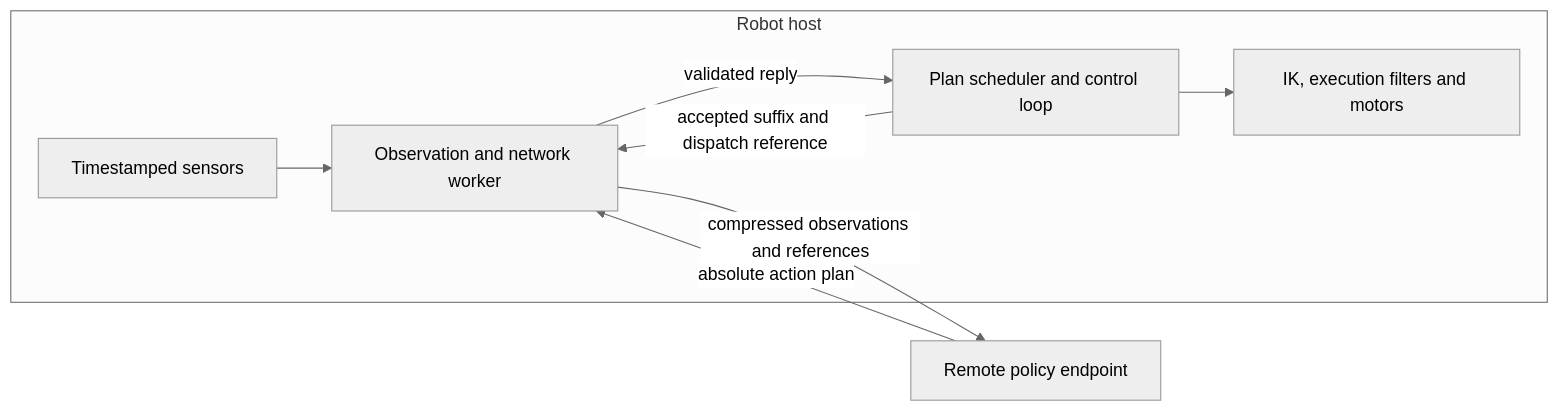
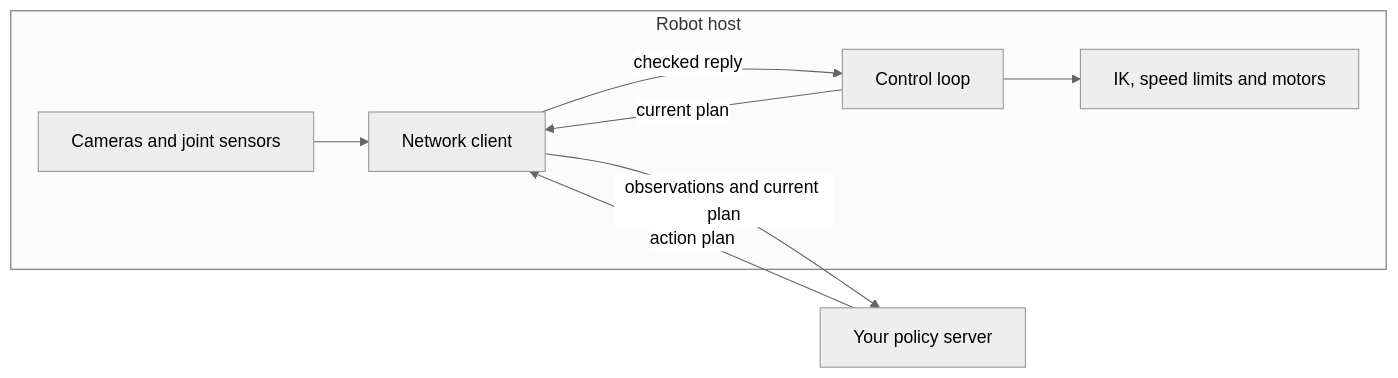
The diagram in docs/operations/custom-policy.mdx (almond-bot/axol), drawn with Mermaid (neutral theme) before and after one commit. The commit also changed other lines of this file and 157 other files, not shown here.

````diff
--- a/docs/operations/custom-policy.mdx
+++ b/docs/operations/custom-policy.mdx
@@ -9,16 +14,16 @@
 ```mermaid
 flowchart LR
   subgraph robot [Robot host]
-    sensors[Timestamped sensors]
-    client[Observation and network worker]
-    control[Plan scheduler and control loop]
-    motors[IK, execution filters and motors]
+    sensors[Cameras and joint sensors]
+    client[Network client]
+    control[Control loop]
+    motors[IK, speed limits and motors]
     sensors --> client
-    control -->|accepted suffix and dispatch reference| client
+    control -->|current plan| client
     control --> motors
   end
-  endpoint[Remote policy endpoint]
-  client -->|compressed observations and references| endpoint
-  endpoint -->|absolute action plan| client
-  client -->|validated reply| control
+  endpoint[Your policy server]
+  client -->|observations and current plan| endpoint
+  endpoint -->|action plan| client
+  client -->|checked reply| control
 ```
````
